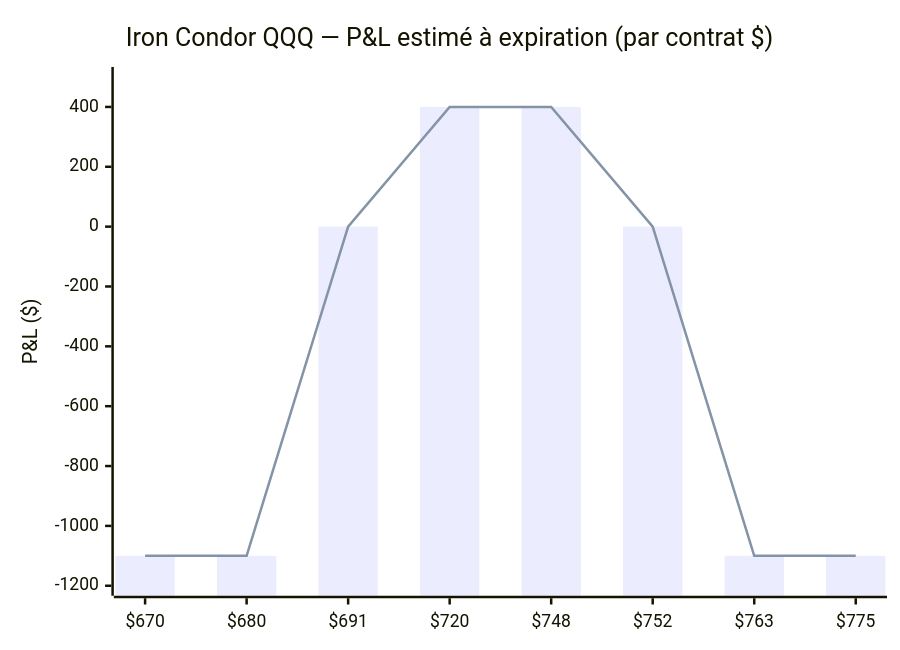
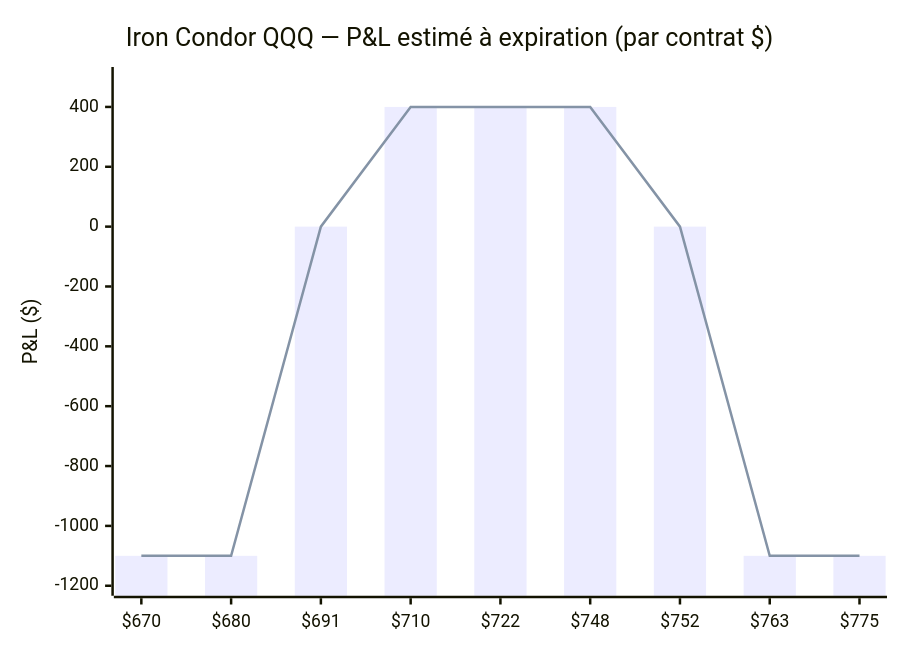
One commit to didierpirottin/thelidia-ai-trading changed the second of 2 diagrams in doc/modules/market-analysis/pages/market-analysis-2026-07-07.adoc. Above: the diagram before and after it, drawn with Mermaid. The commit also changed other lines of this file and 1 other file, not shown here.

```diff
--- a/doc/modules/market-analysis/pages/market-analysis-2026-07-07.adoc
+++ b/doc/modules/market-analysis/pages/market-analysis-2026-07-07.adoc
@@ -135,9 +157,9 @@
 [mermaid]
 ....
 xychart-beta
     title "Iron Condor QQQ — P&L estimé à expiration (par contrat $)"
-    x-axis ["$670", "$680", "$691", "$720", "$748", "$752", "$763", "$775"]
+    x-axis ["$670", "$680", "$691", "$710", "$722", "$748", "$752", "$763", "$775"]
     y-axis "P&L ($)" -1200 --> 500
-    bar [-1100, -1100, 0, 400, 400, 0, -1100, -1100]
-    line [-1100, -1100, 0, 400, 400, 0, -1100, -1100]
+    bar [-1100, -1100, 0, 400, 400, 400, 0, -1100, -1100]
+    line [-1100, -1100, 0, 400, 400, 400, 0, -1100, -1100]
 ....
```
